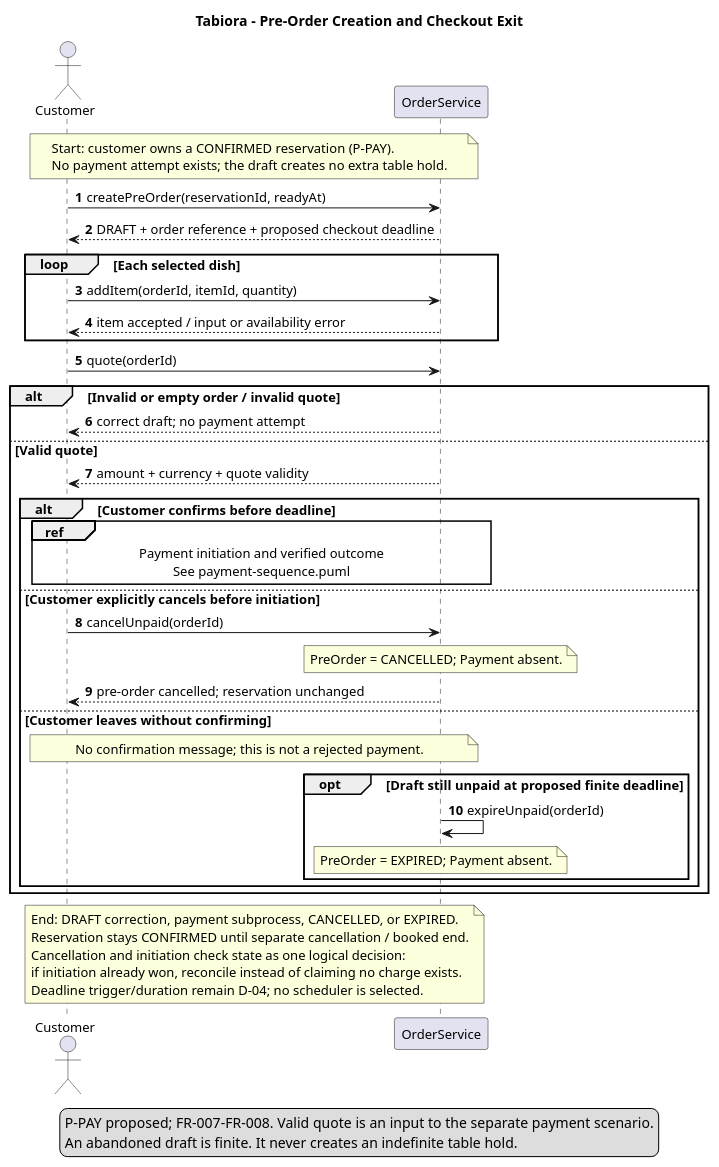
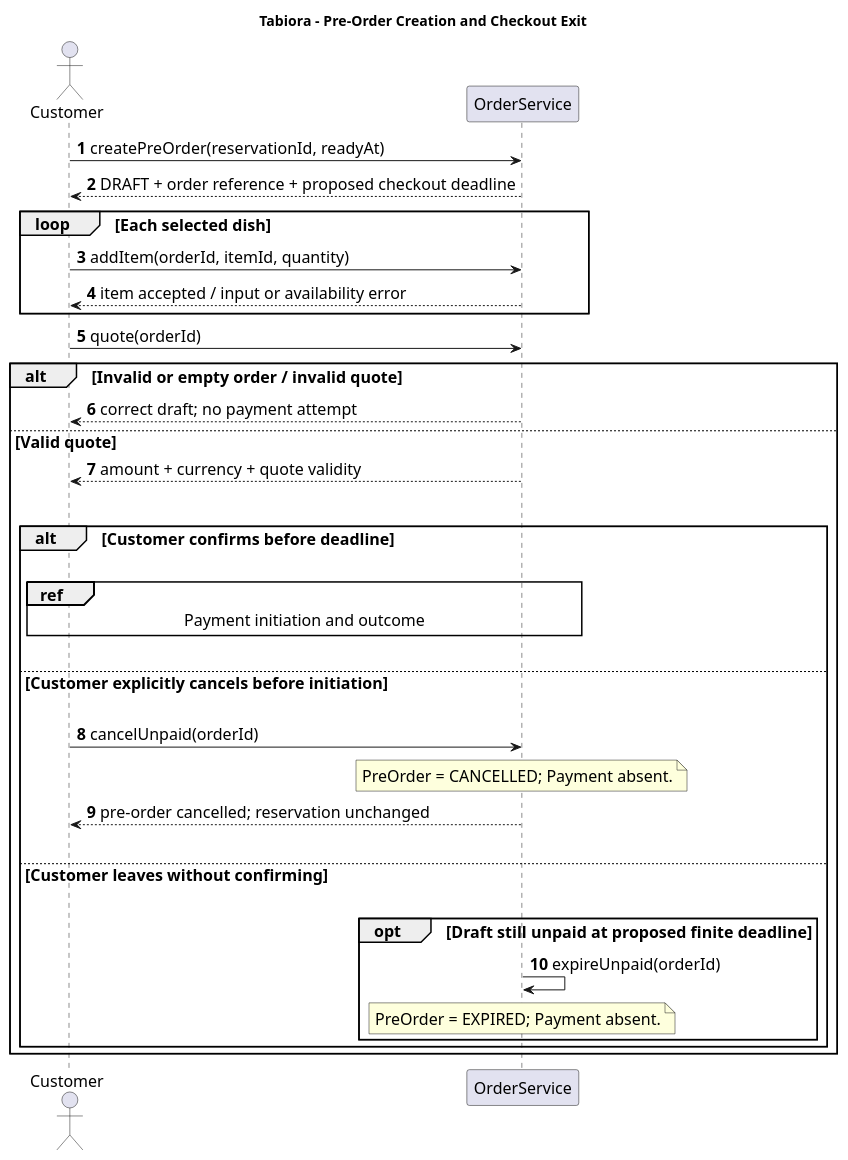
The diagram in assets/diagrams/preorder-checkout-sequence/preorder-checkout-sequence.puml (AlexToday111/Tabiora), drawn with PlantUML before and after one commit. The commit also changed 27 other files, not shown here.

Commit message:
Update UML diagrams for Labs 4, 6, 7 and 8

```diff
--- a/assets/diagrams/preorder-checkout-sequence/preorder-checkout-sequence.puml
+++ b/assets/diagrams/preorder-checkout-sequence/preorder-checkout-sequence.puml
@@ -1,55 +1,44 @@
 @startuml
 title Tabiora - Pre-Order Creation and Checkout Exit
 skinparam shadowing false
 skinparam defaultFontName SansSerif
-skinparam defaultFontSize 13
+skinparam defaultFontSize 16
 skinparam classAttributeIconSize 0
 hide empty members
 
 autonumber
 actor Customer
 participant "OrderService" as Order
-note over Customer,Order
-Start: customer owns a CONFIRMED reservation (P-PAY).
-No payment attempt exists; the draft creates no extra table hold.
-end note
 Customer -> Order : createPreOrder(reservationId, readyAt)
 Order --> Customer : DRAFT + order reference + proposed checkout deadline
 loop Each selected dish
  Customer -> Order : addItem(orderId, itemId, quantity)
  Order --> Customer : item accepted / input or availability error
 end
 Customer -> Order : quote(orderId)
 alt Invalid or empty order / invalid quote
  Order --> Customer : correct draft; no payment attempt
 else Valid quote
  Order --> Customer : amount + currency + quote validity
+ ||30||
  alt Customer confirms before deadline
+  ||25||
   ref over Customer,Order
-  Payment initiation and verified outcome
-  See payment-sequence.puml
+  Payment initiation and outcome
   end ref
+  ||30||
  else Customer explicitly cancels before initiation
+  ||25||
   Customer -> Order : cancelUnpaid(orderId)
   note over Order : PreOrder = CANCELLED; Payment absent.
   Order --> Customer : pre-order cancelled; reservation unchanged
+  ||30||
  else Customer leaves without confirming
-  note over Customer,Order : No confirmation message; this is not a rejected payment.
+  ||25||
   opt Draft still unpaid at proposed finite deadline
    Order -> Order : expireUnpaid(orderId)
    note over Order : PreOrder = EXPIRED; Payment absent.
   end
  end
 end
-note over Customer,Order
-End: DRAFT correction, payment subprocess, CANCELLED, or EXPIRED.
-Reservation stays CONFIRMED until separate cancellation / booked end.
-Cancellation and initiation check state as one logical decision:
-if initiation already won, reconcile instead of claiming no charge exists.
-Deadline trigger/duration remain D-04; no scheduler is selected.
-end note
-legend bottom
-P-PAY proposed; FR-007-FR-008. Valid quote is an input to the separate payment scenario.
-An abandoned draft is finite. It never creates an indefinite table hold.
-endlegend
 @enduml
```
